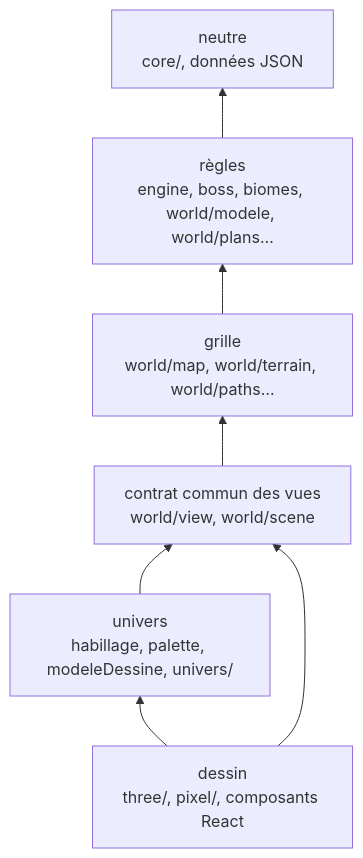
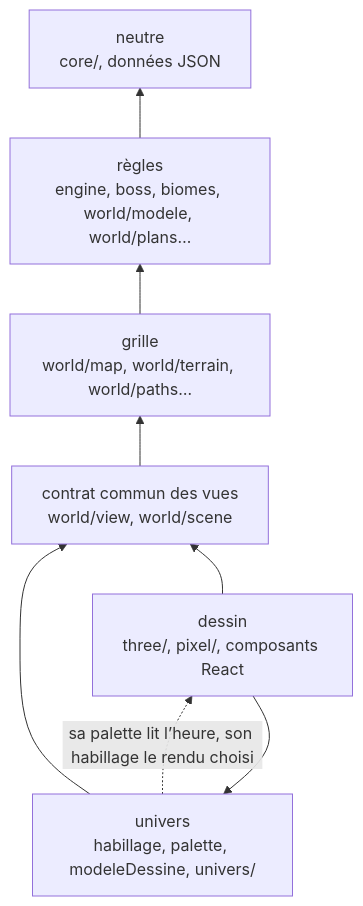
One commit to g7ed6e/dysapps changed the fourth of 4 diagrams in docs/architecture/index.md. Above: the diagram before and after it, drawn with Mermaid. The commit also changed other lines of this file and 1 other file, not shown here.

First line of the commit message:
Corrige les dépendances décrites dans docs/architecture

````diff
--- a/docs/architecture/index.md
+++ b/docs/architecture/index.md
@@ -88,15 +92,16 @@
 ```mermaid
 flowchart BT
   neutre[neutre<br/>core/, données JSON]
   regle[règles<br/>engine, boss, biomes, world/modele, world/plans…]
   grille[grille<br/>world/map, world/terrain, world/paths…]
   commun[contrat commun des vues<br/>world/view, world/scene]
   univers[univers<br/>habillage, palette, modeleDessine, univers/]
   dessin[dessin<br/>three/, pixel/, composants React]
   regle --> neutre
   grille --> regle
   commun --> grille
   univers --> commun
   dessin --> univers
   dessin --> commun
+  univers -. sa palette lit l’heure, son habillage le rendu choisi .-> dessin
 ```
````
